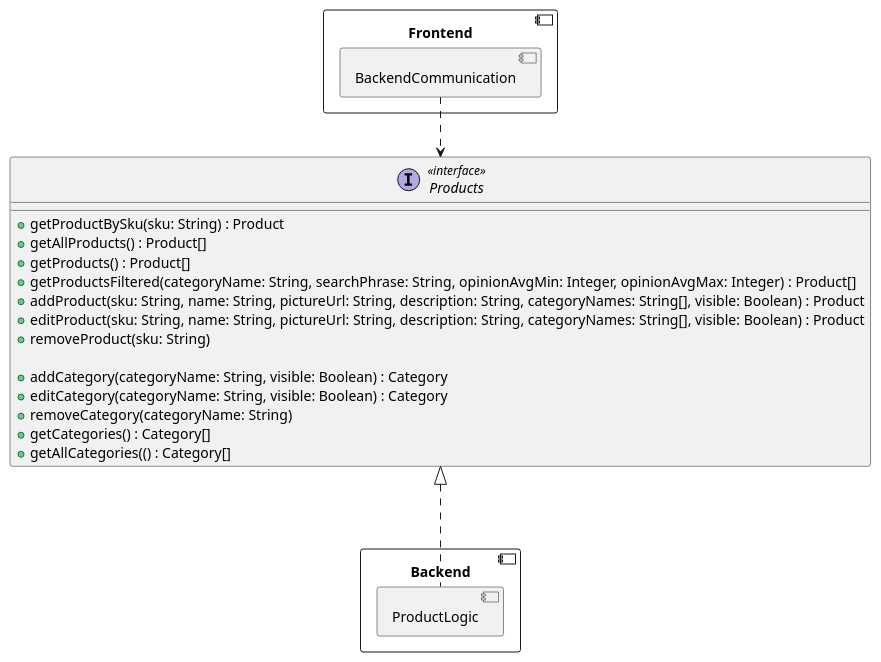
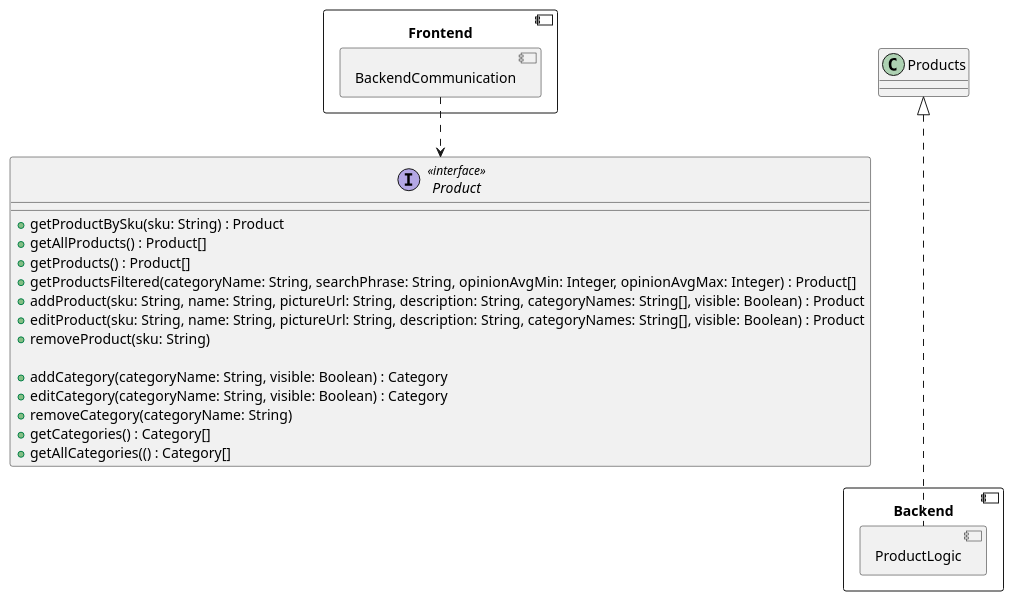
The third of 5 diagrams in frontend/BackendCommunication.md (RadekBucki/OpinionCollectorArchitecture), drawn with PlantUML before and after one commit.

Commit message:
Remove s from interface name

````diff
--- a/frontend/BackendCommunication.md
+++ b/frontend/BackendCommunication.md
@@ -75,33 +75,33 @@
 ```plantuml
 @startuml
 component Frontend {
     component BackendCommunication {
     }
 }
 
 component Backend {
     component ProductLogic {
     }
 }
 
-interface Products <<interface>> {
+interface Product <<interface>> {
     + getProductBySku(sku: String) : Product
     + getAllProducts() : Product[]
     + getProducts() : Product[]
     + getProductsFiltered(categoryName: String, searchPhrase: String, opinionAvgMin: Integer, opinionAvgMax: Integer) : Product[]
     + addProduct(sku: String, name: String, pictureUrl: String, description: String, categoryNames: String[], visible: Boolean) : Product
     + editProduct(sku: String, name: String, pictureUrl: String, description: String, categoryNames: String[], visible: Boolean) : Product
     + removeProduct(sku: String)
     
     + addCategory(categoryName: String, visible: Boolean) : Category
     + editCategory(categoryName: String, visible: Boolean) : Category
     + removeCategory(categoryName: String)
     + getCategories() : Category[]
     + getAllCategories(() : Category[]
 }
 
-BackendCommunication ..>   Products
+BackendCommunication ..>   Product
 Products             <|... ProductLogic
 
 @enduml 
 ```
````
